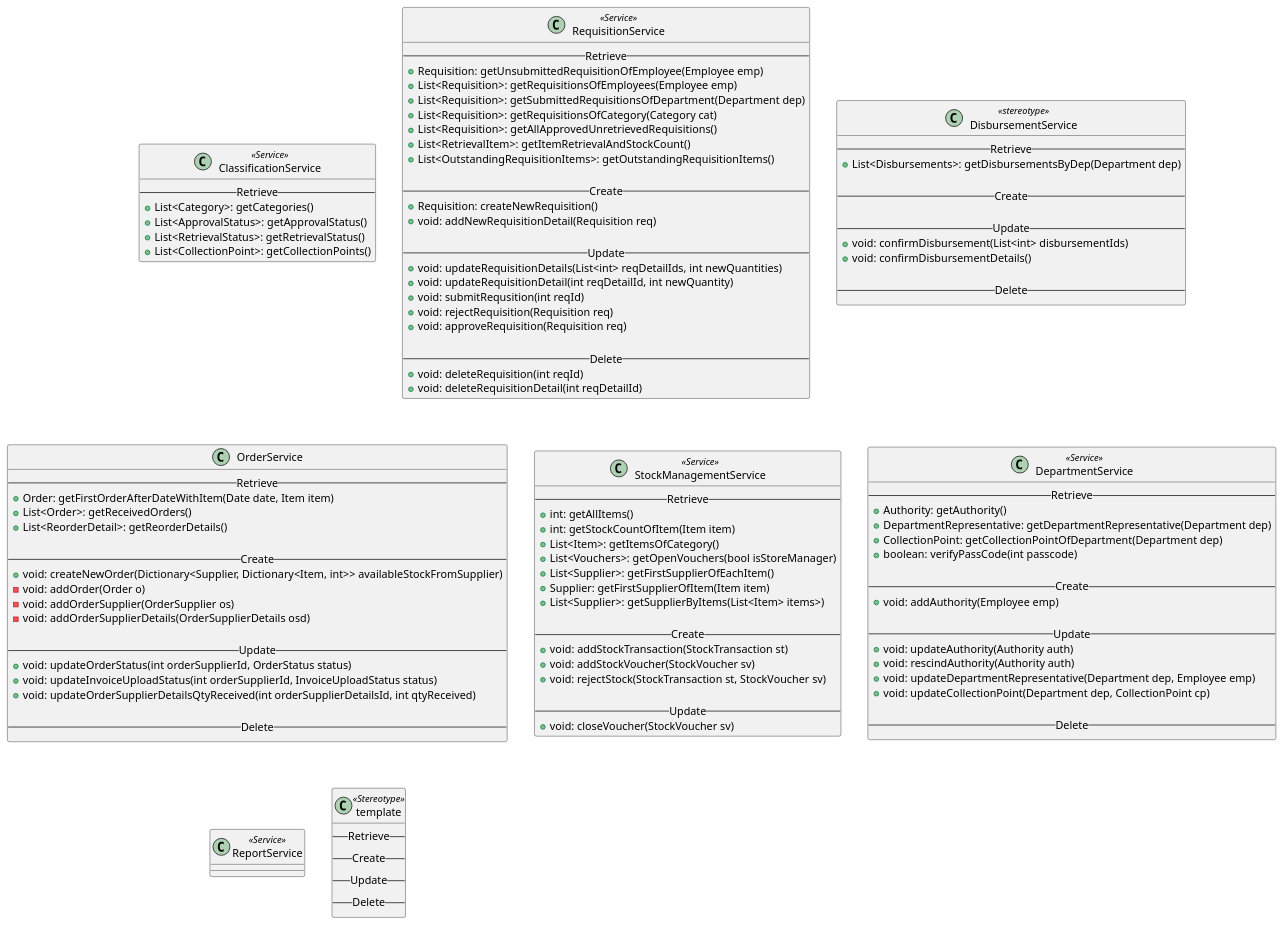
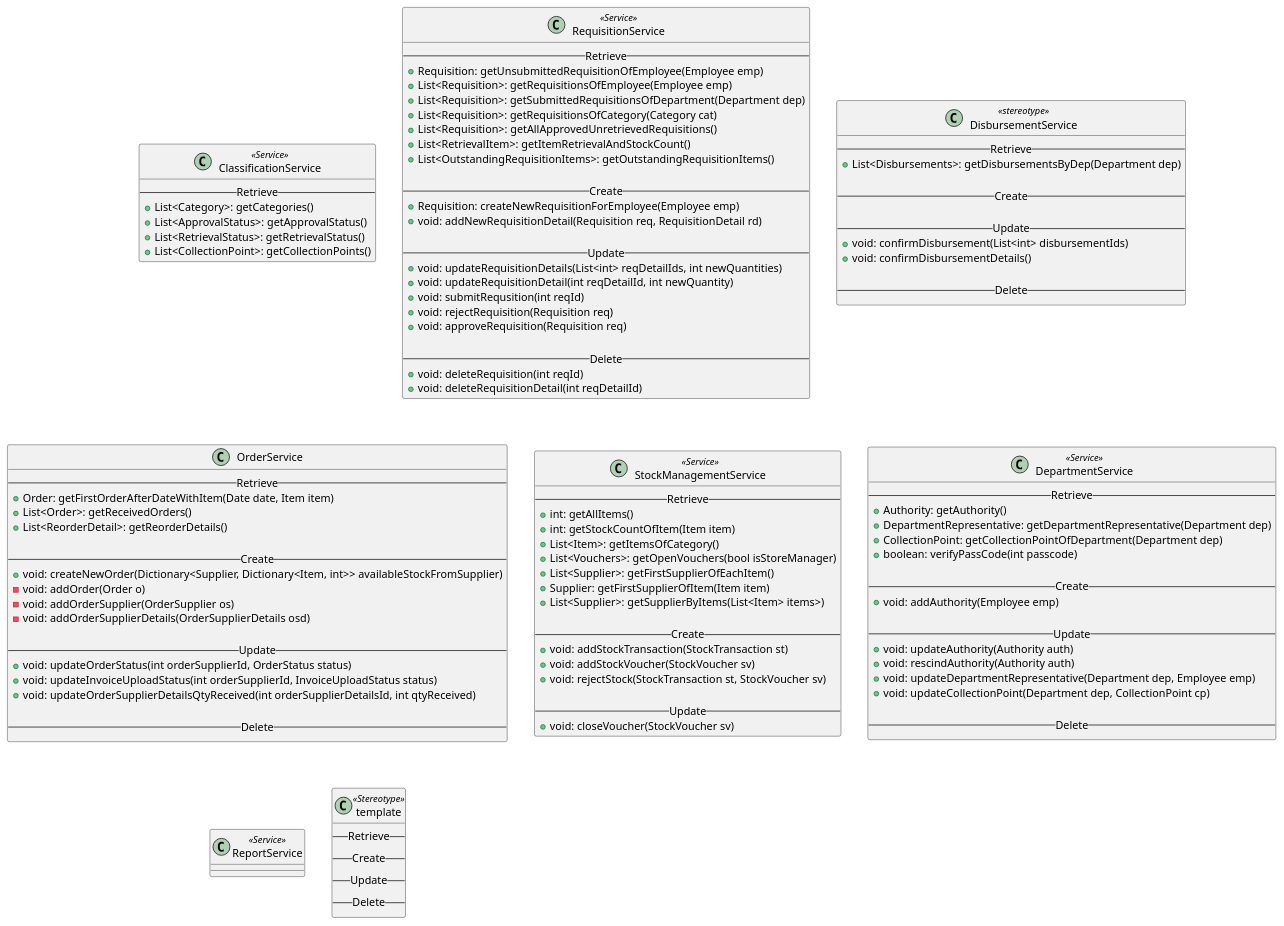
The diagram in Services.wsd (SA46Team5a/AD---ClassAndSequenceDiagram), drawn with PlantUML before and after one commit.

Commit message:
added parameters to some methods

```diff
--- a/Services.wsd
+++ b/Services.wsd
@@ -8,127 +8,127 @@
 @startuml
 class ClassificationService <<Service>> {
     --Retrieve--
     +List<Category>: getCategories()
     +List<ApprovalStatus>: getApprovalStatus()
     +List<RetrievalStatus>: getRetrievalStatus()
     +List<CollectionPoint>: getCollectionPoints()
 }
 
 class RequisitionService <<Service>> {
     --Retrieve--
     ' RequisitionDetails can be retrieved from Requisition object
     ' If no unsubmitted requsition, create new Requisition object for employee
     +Requisition: getUnsubmittedRequisitionOfEmployee(Employee emp)  
-    +List<Requisition>: getRequisitionsOfEmployees(Employee emp)
+    +List<Requisition>: getRequisitionsOfEmployee(Employee emp)
     +List<Requisition>: getSubmittedRequisitionsOfDepartment(Department dep)
     +List<Requisition>: getRequisitionsOfCategory(Category cat)
     +List<Requisition>: getAllApprovedUnretrievedRequisitions()
     ' Gets data from RetrievalItems View
     +List<RetrievalItem>: getItemRetrievalAndStockCount()
     +List<OutstandingRequisitionItems>: getOutstandingRequisitionItems()
 
     --Create--
-    +Requisition: createNewRequisition()
-    +void: addNewRequisitionDetail(Requisition req)
+    +Requisition: createNewRequisitionForEmployee(Employee emp)
+    +void: addNewRequisitionDetail(Requisition req, RequisitionDetail rd)
 
     --Update--
     ' Loops through list and calls updateRequsitionDetail
     +void: updateRequisitionDetails(List<int> reqDetailIds, int newQuantities)
     +void: updateRequisitionDetail(int reqDetailId, int newQuantity)
     +void: submitRequsition(int reqId)
     +void: rejectRequisition(Requisition req)
     +void: approveRequisition(Requisition req)
 
     --Delete--
     +void: deleteRequisition(int reqId)
     +void: deleteRequisitionDetail(int reqDetailId)
 }
 
 class DisbursementService <<stereotype>> {
     --Retrieve--
     +List<Disbursements>: getDisbursementsByDep(Department dep)
 
     --Create--
 
     --Update--
     +void: confirmDisbursement(List<int> disbursementIds)
     ' calls StockManagementService.addStockVoucher if disbursed count and collected count is different
     +void: confirmDisbursementDetails()
 
     --Delete--
 }
 
 class OrderService {
     --Retrieve--
     ' Loops through and calls the second method
     +Order: getFirstOrderAfterDateWithItem(Date date, Item item)
     +List<Order>: getReceivedOrders()
     +List<ReorderDetail>: getReorderDetails()
 
     --Create--
     ' createNewOrder will call addOrder, addOrderSupplier and addOrderSupplierDetails
     +void: createNewOrder(Dictionary<Supplier, Dictionary<Item, int>> availableStockFromSupplier)
     -void: addOrder(Order o)
     -void: addOrderSupplier(OrderSupplier os)
     -void: addOrderSupplierDetails(OrderSupplierDetails osd)
 
     --Update--
     +void: updateOrderStatus(int orderSupplierId, OrderStatus status)
     +void: updateInvoiceUploadStatus(int orderSupplierId, InvoiceUploadStatus status)
     +void: updateOrderSupplierDetailsQtyReceived(int orderSupplierDetailsId, int qtyReceived)
 
     --Delete--
 }
 
 class StockManagementService <<Service>> {
     --Retrieve--
     +int: getAllItems()
     +int: getStockCountOfItem(Item item)
     +List<Item>: getItemsOfCategory()
     +List<Vouchers>: getOpenVouchers(bool isStoreManager) 
     +List<Supplier>: getFirstSupplierOfEachItem()
     +Supplier: getFirstSupplierOfItem(Item item)
     +List<Supplier>: getSupplierByItems(List<Item> items>)
 
     --Create--
     +void: addStockTransaction(StockTransaction st)
     +void: addStockVoucher(StockVoucher sv)
     ' Stock is rejected at disbursement. Insert a stockTransaction to add qty rejected back, and raise a stockVoucher
     +void: rejectStock(StockTransaction st, StockVoucher sv)
 
     --Update--
     +void: closeVoucher(StockVoucher sv)
 }
 
 class DepartmentService <<Service>> {
     --Retrieve--
     ' Get authorised person based on current date
     +Authority: getAuthority()
     +DepartmentRepresentative: getDepartmentRepresentative(Department dep)
     +CollectionPoint: getCollectionPointOfDepartment(Department dep)
     +boolean: verifyPassCode(int passcode)
 
     --Create--
     ' Add emp as Authority with start and end date, and add Dep Head with start date = emp end date + 1
     +void: addAuthority(Employee emp)
 
     --Update--
     +void: updateAuthority(Authority auth)
     +void: rescindAuthority(Authority auth)
     +void: updateDepartmentRepresentative(Department dep, Employee emp)
     +void: updateCollectionPoint(Department dep, CollectionPoint cp)
 
     --Delete--
 }
 
 class ReportService <<Service>>{
     ' To discuss with Khim Yang on how he wants the data to be stuctured
 }
 
 class template <<Stereotype>> {
     --Retrieve--
     --Create--
     --Update--
     --Delete--
 }
 @enduml
```
